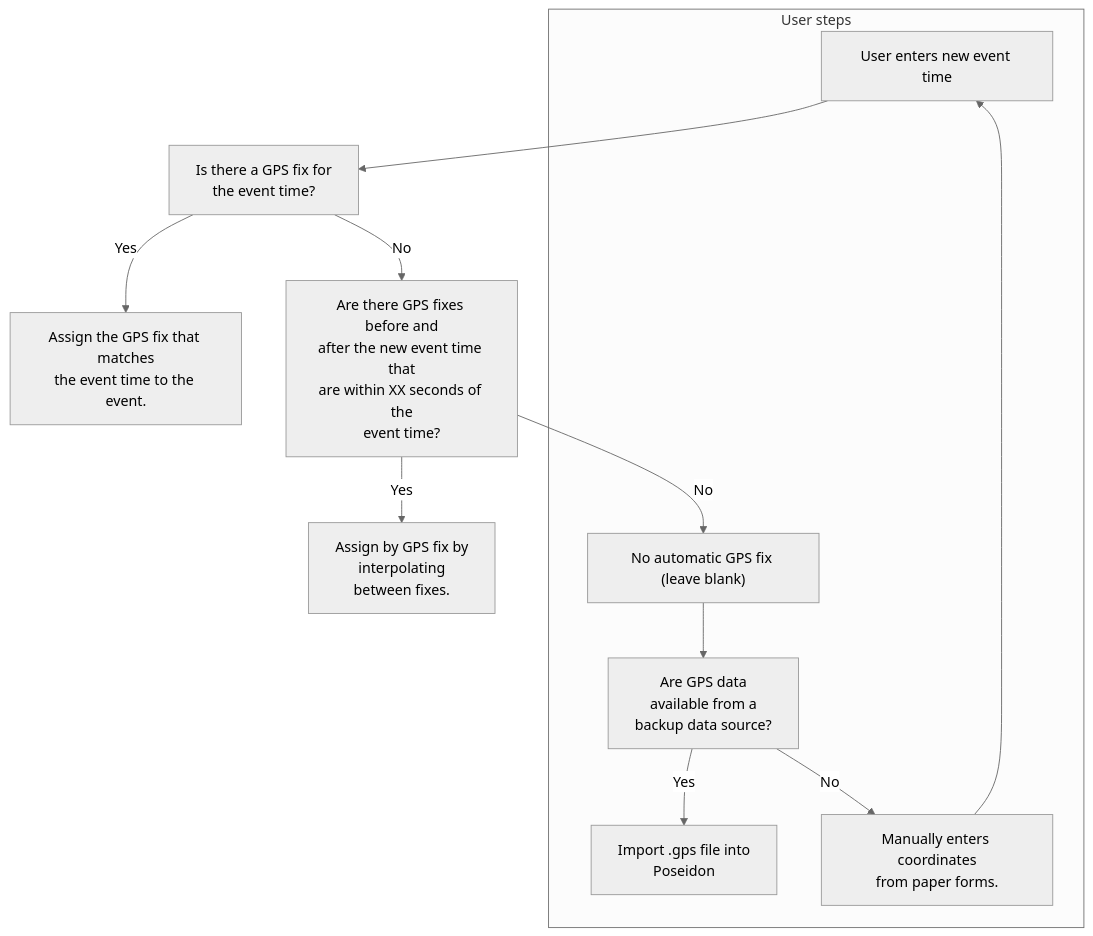
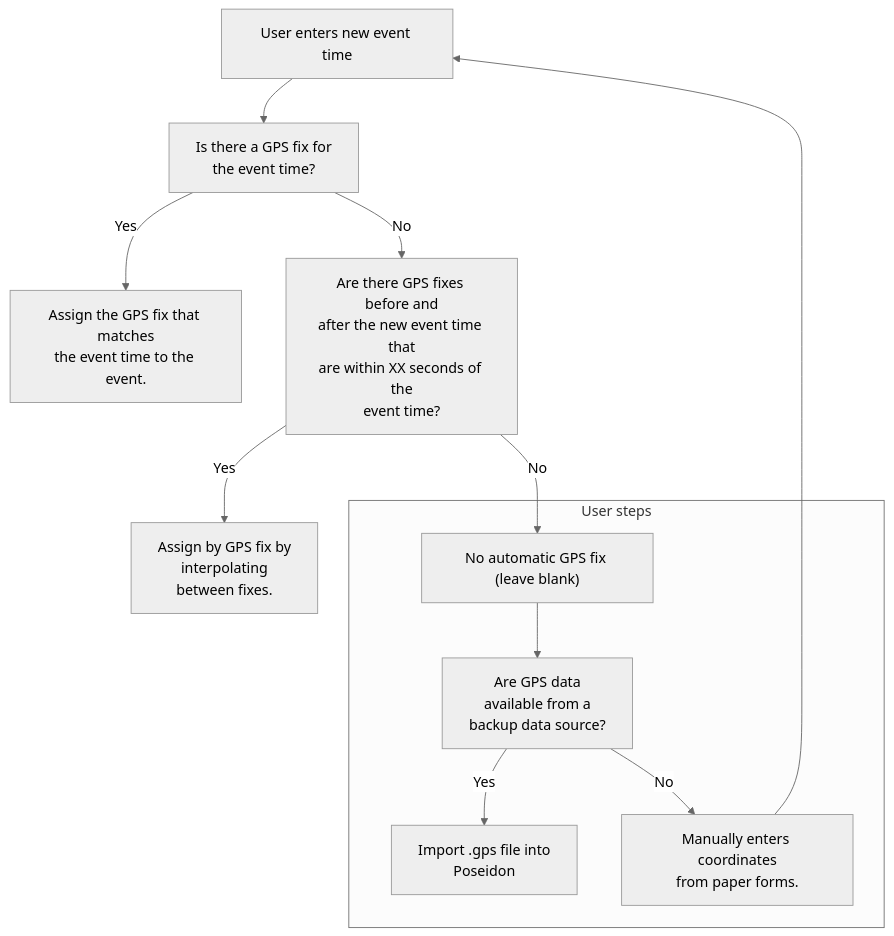
The diagram in assets/changing_event_time.md (afsc-gap-products/navmaps), drawn with Mermaid (neutral theme) before and after one commit.

Commit message:
Format flowchart

````diff
--- a/assets/changing_event_time.md
+++ b/assets/changing_event_time.md
@@ -3,13 +3,13 @@
 ``` mermaid
 graph TD
   A["User enters new event time"]-->B["Is there a GPS fix for<br>the event time?"]--> |Yes| C["Assign the GPS fix that matches<br>the event time to the event."]
   B["Is there a GPS fix for<br>the event time?"]--> |No| D["Are there GPS fixes before and<br>after the new event time that<br>are within XX seconds of the<br>event time?"]
   D["Are there GPS fixes before and<br>after the new event time that<br>are within XX seconds of the<br>event time?"]--> |Yes| E["Assign by GPS fix by<br>interpolating<br>between fixes."]
   D["Are there GPS fixes before and<br>after the new event time that<br>are within XX seconds of the<br>event time?"]--> |No| F["No automatic GPS fix (leave blank)"]
   subgraph User steps
     F["No automatic GPS fix (leave blank)"]--> G["Are GPS data<br>available from a<br>backup data source?"]
     G["Are GPS data<br>available from a<br>backup data source?"]--> |Yes| H["Import .gps file into<br>Poseidon"]
     G["Are GPS data<br>available from a<br>backup data source?"]--> |No| I["Manually enters coordinates<br>from paper forms."]
-    I["Manually enters coordinates<br>from paper forms."]--> A["User enters new event time"]
   end
+  I["Manually enters coordinates<br>from paper forms."]--> A["User enters new event time"]
 ```
````
